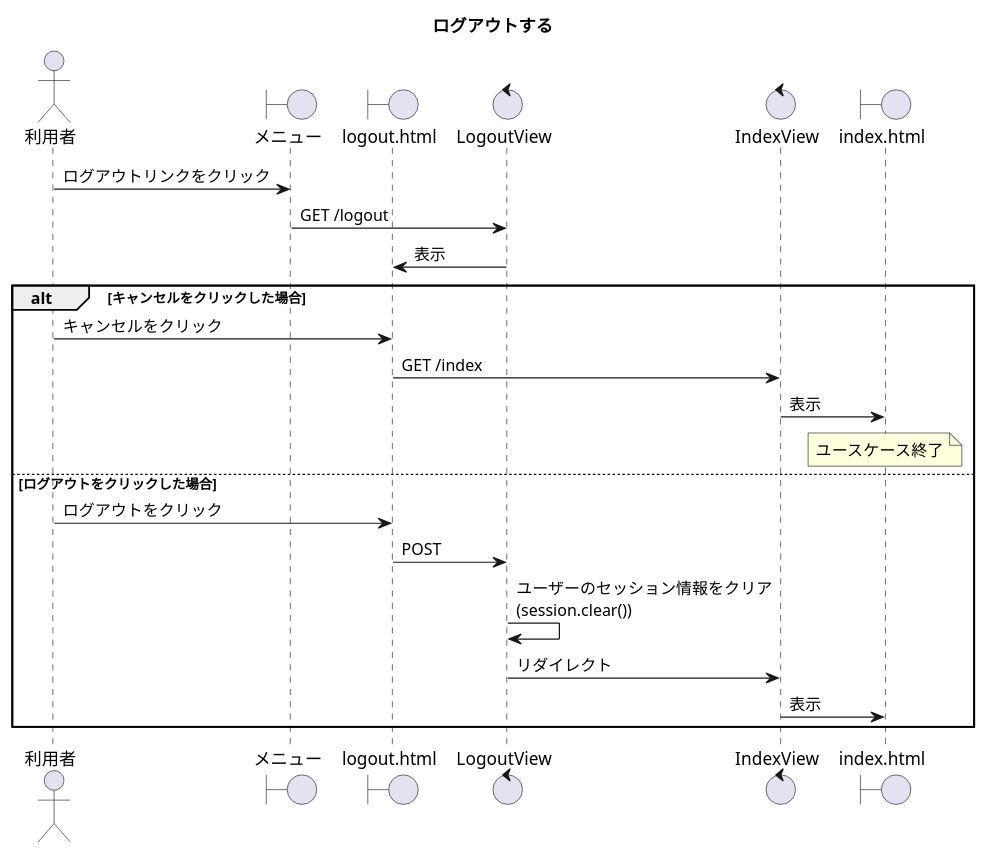
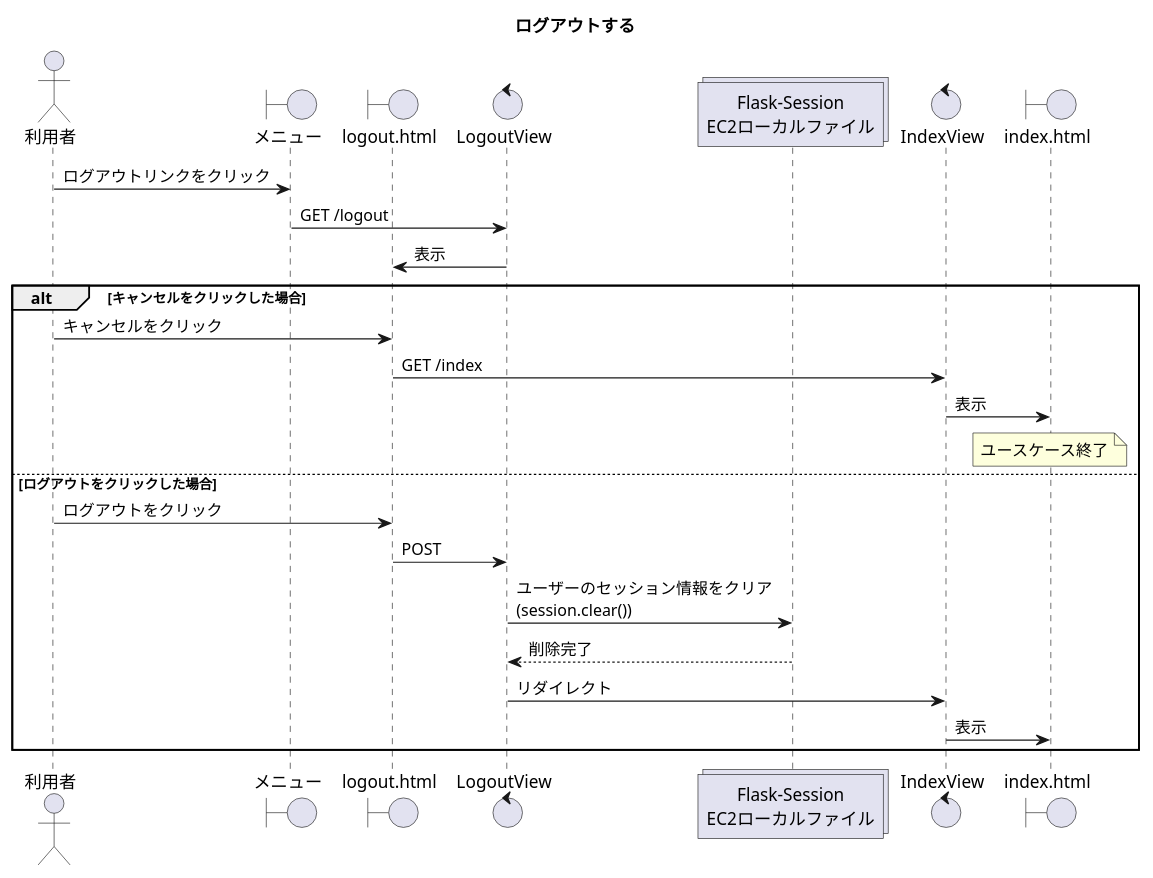
Before and after one commit to Kotarou-Tanoue/tanouesoftware: the second of 17 diagrams in 20_システム設計書/図24_シーケンス.puml, drawn with PlantUML. The commit also changed other lines of this file and 3 other files, not shown here.

```diff
--- a/20_システム設計書/図24_シーケンス.puml
+++ b/20_システム設計書/図24_シーケンス.puml
@@ -58,30 +62,32 @@
 @startuml ログアウトする
     title ログアウトする
 
     actor "利用者" as a1
     boundary "メニュー" as b1
     boundary "logout.html" as b2
     control "LogoutView" as c1
+    collections "Flask-Session\nEC2ローカルファイル" as sess
     control "IndexView" as c2
     boundary "index.html" as b3
 
     a1 -> b1 : ログアウトリンクをクリック
     b1 -> c1 : GET /logout
     c1 -> b2 : 表示
 
     alt キャンセルをクリックした場合
         a1 -> b2 : キャンセルをクリック
         b2 -> c2 : GET /index
         c2 -> b3 : 表示
         note over b3 : ユースケース終了
     else ログアウトをクリックした場合
         a1 -> b2 : ログアウトをクリック
         b2 -> c1 : POST
 
-        c1 -> c1 : ユーザーのセッション情報をクリア\n(session.clear())
+        c1 -> sess : ユーザーのセッション情報をクリア\n(session.clear())
+        sess --> c1 : 削除完了
 
         c1 -> c2 : リダイレクト
         c2 -> b3 : 表示
     end
 
 @enduml
```
